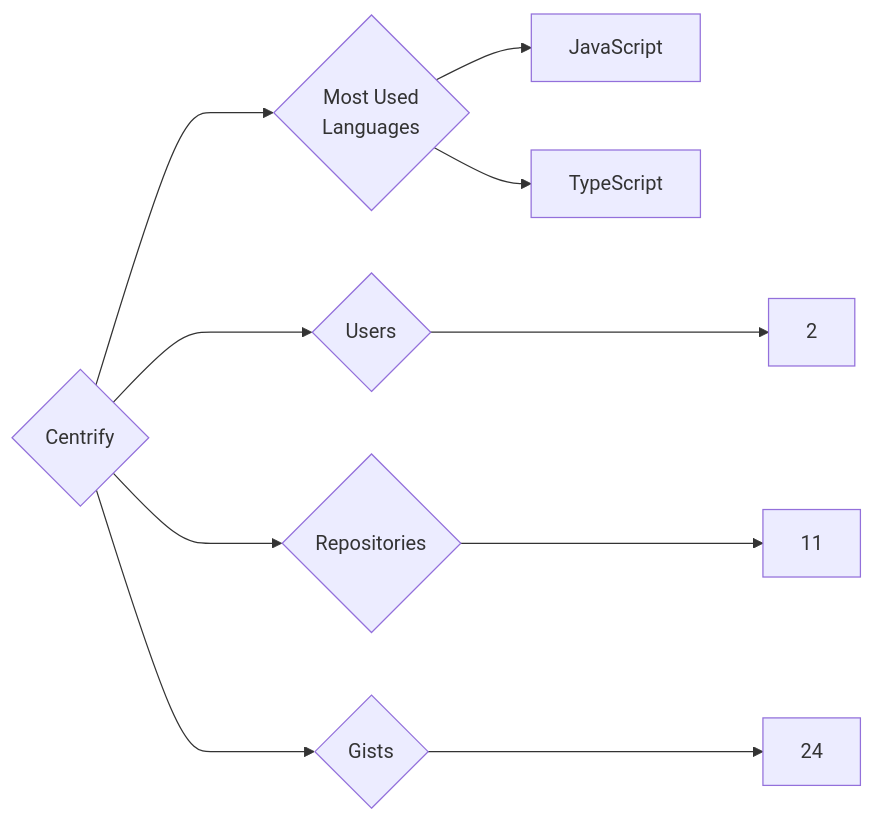
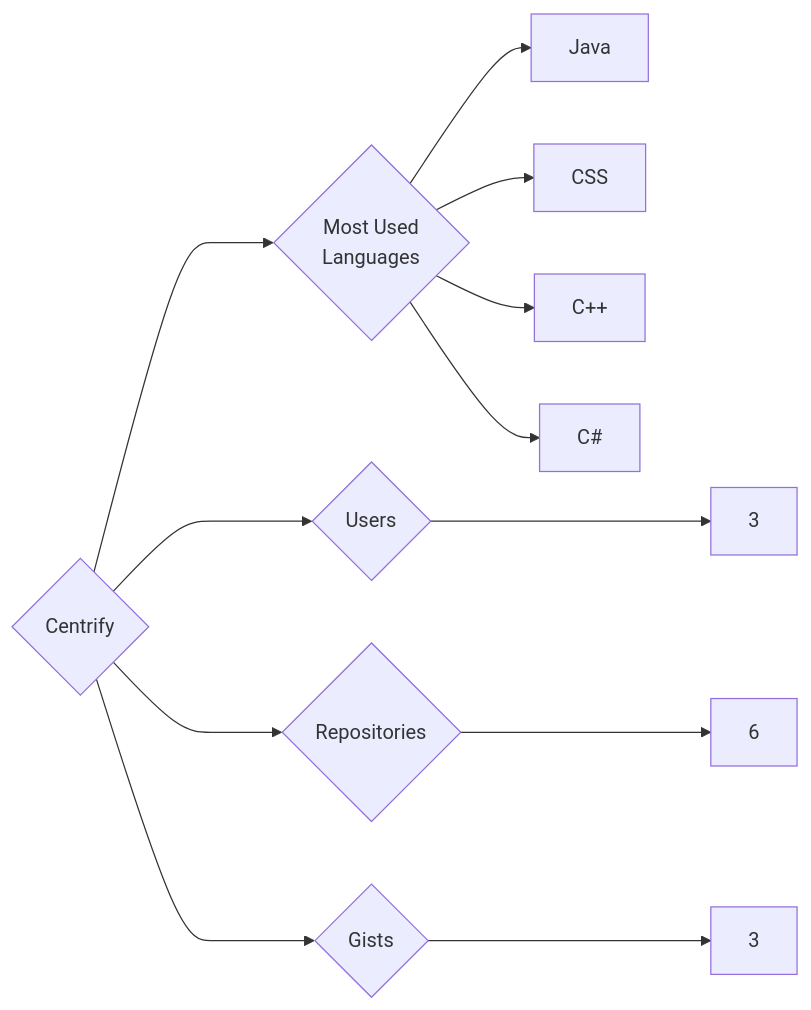
Before and after one commit to trickest/insiders: the diagram in targets/Centrify/README.md, drawn with Mermaid. The commit also changed 723 other files, not shown here.

````diff
--- a/targets/Centrify/README.md
+++ b/targets/Centrify/README.md
@@ -3,10 +3,12 @@
 ```mermaid
 graph LR
 COMPANY_NAME{Centrify}
-COMPANY_NAME ---> U{Users} ---> UN[2]
-COMPANY_NAME ---> R{Repositories} ---> RN[11]
-COMPANY_NAME ---> G{Gists} ---> GN[24]
+COMPANY_NAME ---> U{Users} ---> UN[3]
+COMPANY_NAME ---> R{Repositories} ---> RN[6]
+COMPANY_NAME ---> G{Gists} ---> GN[3]
 COMPANY_NAME ---> ML{Most Used<br>Languages}
-ML --> JavaScript[JavaScript]
-ML --> TypeScript[TypeScript]
+ML --> Java[Java]
+ML --> CSS[CSS]
+ML --> C++[C++]
+ML --> C#[C#]
 ```
````
